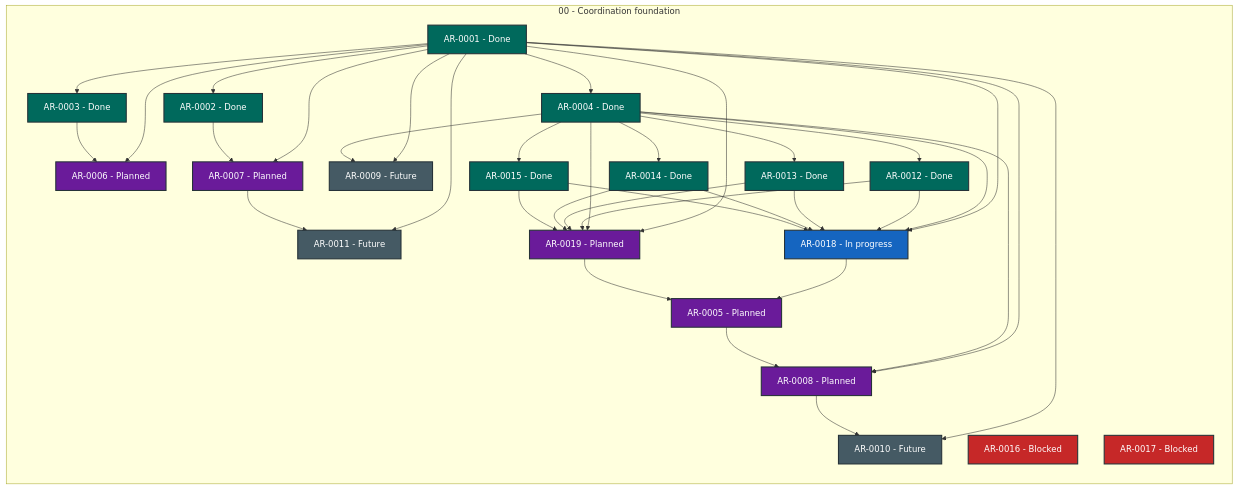
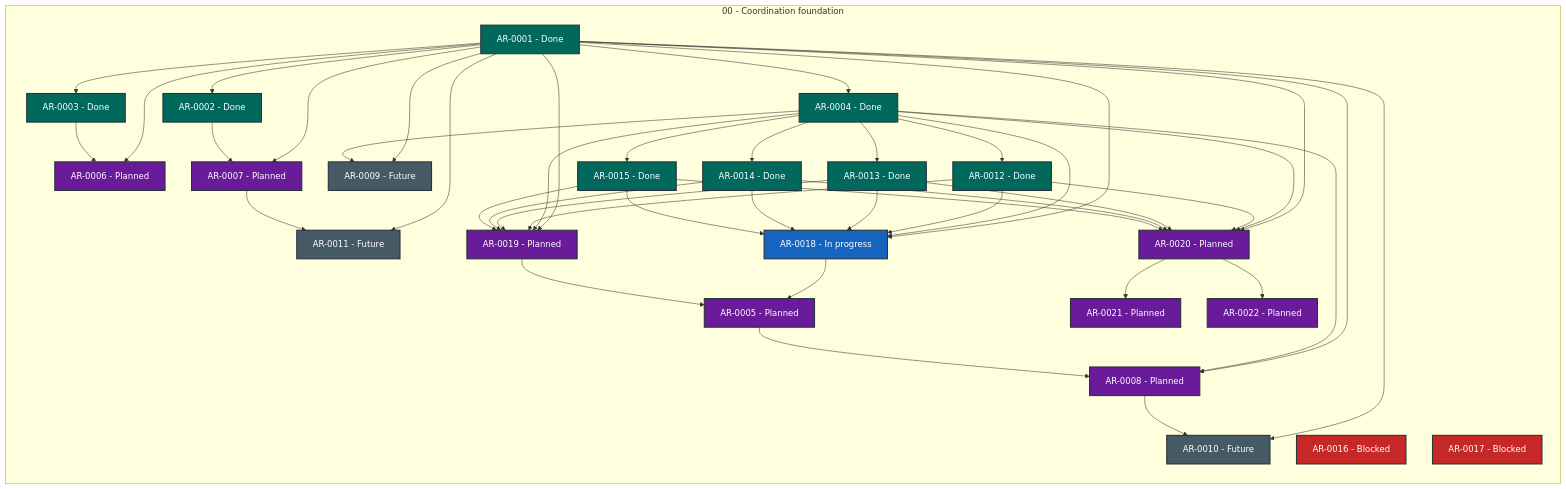
The diagram in STATUS.md (martin-beck/agent-workflow-quality-state), drawn with Mermaid before and after one commit. The commit also changed other lines of this file and 1 other file, not shown here.

````diff
--- a/STATUS.md
+++ b/STATUS.md
@@ -27,67 +27,78 @@
 ```mermaid
 flowchart LR
     subgraph series_00["00 - Coordination foundation"]
         direction TB
         AR_0001["AR-0001 - Done"]:::status_done
         AR_0002["AR-0002 - Done"]:::status_done
         AR_0003["AR-0003 - Done"]:::status_done
         AR_0004["AR-0004 - Done"]:::status_done
         AR_0005["AR-0005 - Planned"]:::status_planned
         AR_0006["AR-0006 - Planned"]:::status_planned
         AR_0007["AR-0007 - Planned"]:::status_planned
         AR_0008["AR-0008 - Planned"]:::status_planned
         AR_0009["AR-0009 - Future"]:::status_future
         AR_0010["AR-0010 - Future"]:::status_future
         AR_0011["AR-0011 - Future"]:::status_future
         AR_0012["AR-0012 - Done"]:::status_done
         AR_0013["AR-0013 - Done"]:::status_done
         AR_0014["AR-0014 - Done"]:::status_done
         AR_0015["AR-0015 - Done"]:::status_done
         AR_0016["AR-0016 - Blocked"]:::status_blocked
         AR_0017["AR-0017 - Blocked"]:::status_blocked
         AR_0018["AR-0018 - In progress"]:::status_in_progress
         AR_0019["AR-0019 - Planned"]:::status_planned
+        AR_0020["AR-0020 - Planned"]:::status_planned
+        AR_0021["AR-0021 - Planned"]:::status_planned
+        AR_0022["AR-0022 - Planned"]:::status_planned
     end
     AR_0001 --> AR_0002
     AR_0001 --> AR_0003
     AR_0001 --> AR_0004
     AR_0001 --> AR_0006
     AR_0001 --> AR_0007
     AR_0001 --> AR_0008
     AR_0001 --> AR_0009
     AR_0001 --> AR_0010
     AR_0001 --> AR_0011
     AR_0001 --> AR_0018
     AR_0001 --> AR_0019
+    AR_0001 --> AR_0020
     AR_0002 --> AR_0007
     AR_0003 --> AR_0006
     AR_0004 --> AR_0008
     AR_0004 --> AR_0009
     AR_0004 --> AR_0012
     AR_0004 --> AR_0013
     AR_0004 --> AR_0014
     AR_0004 --> AR_0015
     AR_0004 --> AR_0018
     AR_0004 --> AR_0019
+    AR_0004 --> AR_0020
     AR_0005 --> AR_0008
     AR_0007 --> AR_0011
     AR_0008 --> AR_0010
     AR_0012 --> AR_0018
     AR_0012 --> AR_0019
+    AR_0012 --> AR_0020
     AR_0013 --> AR_0018
     AR_0013 --> AR_0019
+    AR_0013 --> AR_0020
     AR_0014 --> AR_0018
     AR_0014 --> AR_0019
+    AR_0014 --> AR_0020
     AR_0015 --> AR_0018
     AR_0015 --> AR_0019
+    AR_0015 --> AR_0020
     AR_0018 --> AR_0005
     AR_0019 --> AR_0005
+    AR_0020 --> AR_0021
+    AR_0020 --> AR_0022
     classDef status_in_progress fill:#1565c0,color:#ffffff,stroke:#263238,stroke-width:2px
     classDef status_open fill:#2e7d32,color:#ffffff,stroke:#263238,stroke-width:2px
     classDef status_blocked fill:#c62828,color:#ffffff,stroke:#263238,stroke-width:2px
     classDef status_planned fill:#6a1b9a,color:#ffffff,stroke:#263238,stroke-width:2px
     classDef status_future fill:#455a64,color:#ffffff,stroke:#263238,stroke-width:2px
     classDef status_done fill:#00695c,color:#ffffff,stroke:#263238,stroke-width:2px
     classDef status_cancelled fill:#616161,color:#ffffff,stroke:#263238,stroke-width:2px
     classDef status_superseded fill:#5d4037,color:#ffffff,stroke:#263238,stroke-width:2px
 ```
````
